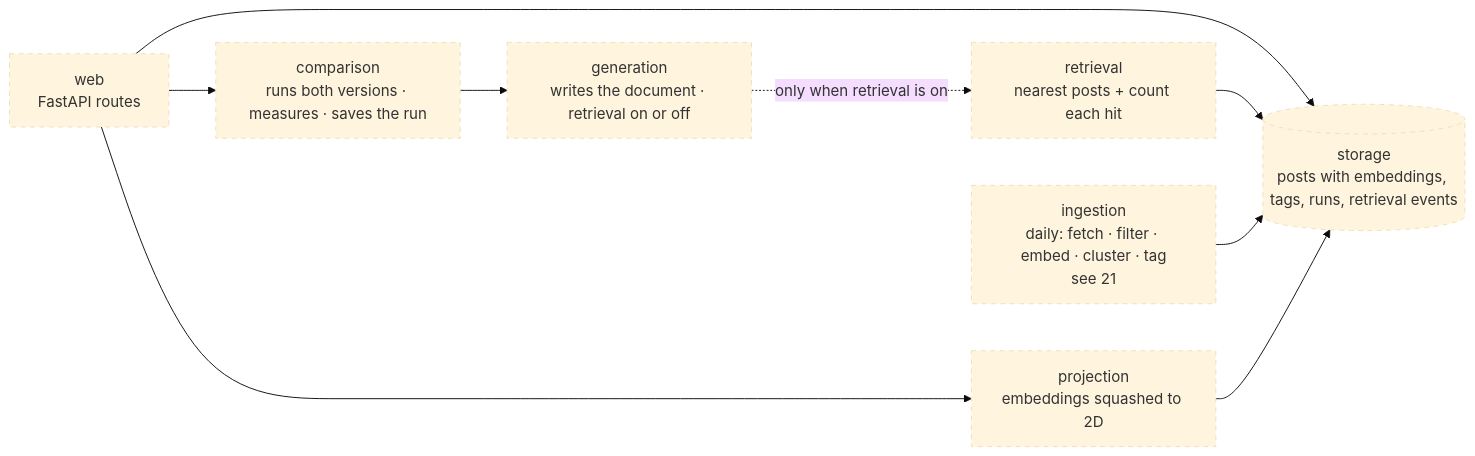
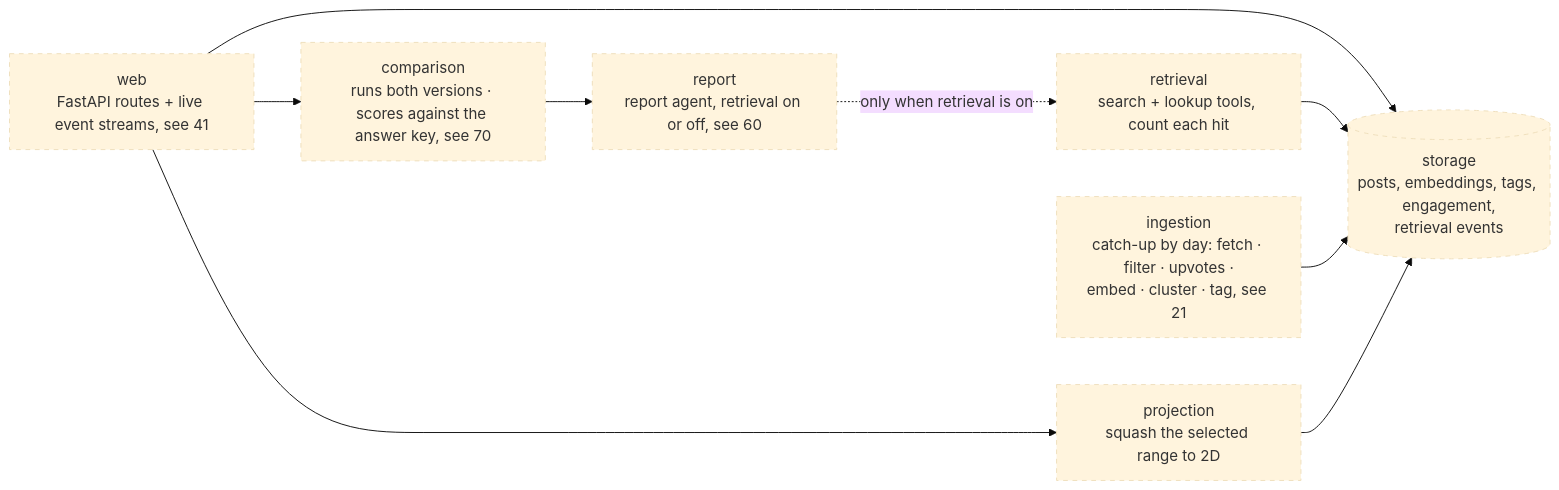
Before and after one commit to brianaderer/transcendent: the first of 2 diagrams in docs/atlas/40-backend.md, drawn with Mermaid (base theme). The commit also changed other lines of this file and 4 other files, not shown here.

Commit message:
Atlas: 06 build order; 40 module diagram redrawn; slider defaults to last 7 days (OPEN-26)

````diff
--- a/docs/atlas/40-backend.md
+++ b/docs/atlas/40-backend.md
@@ -32,21 +32,21 @@
 ```mermaid
 flowchart LR
-    WEB["web<br/>FastAPI routes"]
-    ING["ingestion<br/>daily: fetch · filter · embed · cluster · tag<br/>see 21"]
-    STORE[("storage<br/>posts with embeddings, tags, runs, retrieval events")]
-    RET["retrieval<br/>nearest posts + count each hit"]
-    GEN["generation<br/>writes the document · retrieval on or off"]
-    CMP["comparison<br/>runs both versions · measures · saves the run"]
-    MAP["projection<br/>embeddings squashed to 2D"]
+    WEB["web<br/>FastAPI routes + live event streams, see 41"]
+    ING["ingestion<br/>catch-up by day: fetch · filter · upvotes ·<br/>embed · cluster · tag, see 21"]
+    STORE[("storage<br/>posts, embeddings, tags, engagement,<br/>retrieval events")]
+    RET["retrieval<br/>search + lookup tools, count each hit"]
+    REP["report<br/>report agent, retrieval on or off, see 60"]
+    CMP["comparison<br/>runs both versions · scores against the answer key, see 70"]
+    MAP["projection<br/>squash the selected range to 2D"]
 
     WEB --> CMP
     WEB --> MAP
     WEB --> STORE
-    CMP --> GEN
-    GEN -.->|"only when retrieval is on"| RET
+    CMP --> REP
+    REP -.->|"only when retrieval is on"| RET
     RET --> STORE
     ING --> STORE
     MAP --> STORE
     classDef open stroke-dasharray: 5 5
-    class WEB,ING,STORE,RET,GEN,CMP,MAP open
+    class WEB,ING,STORE,RET,REP,CMP,MAP open
 ```
````
